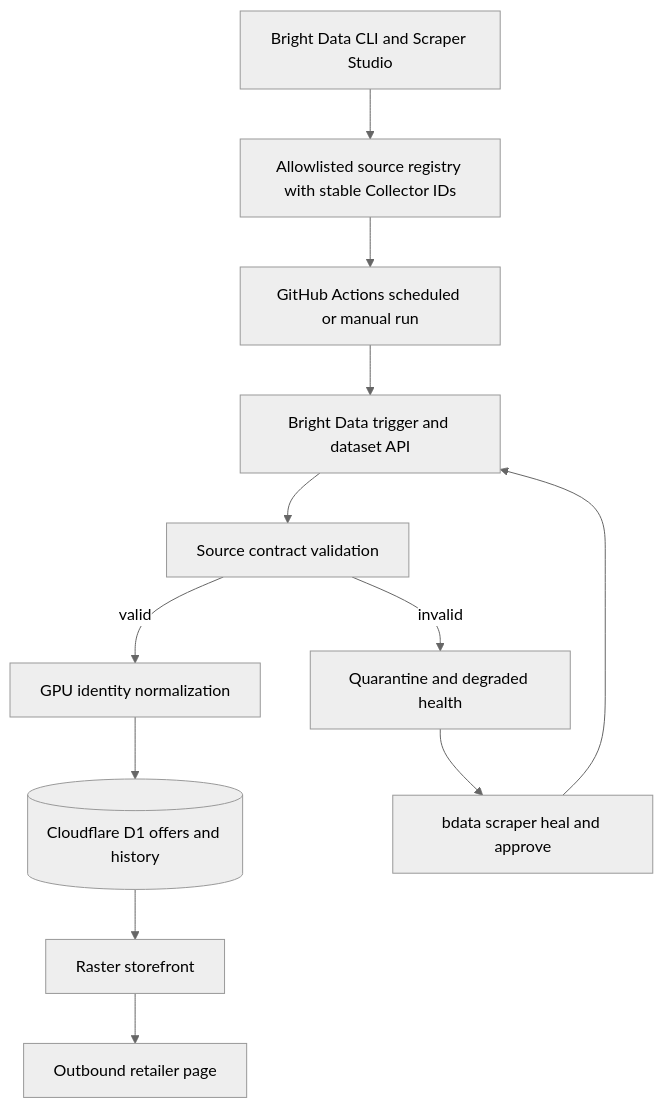
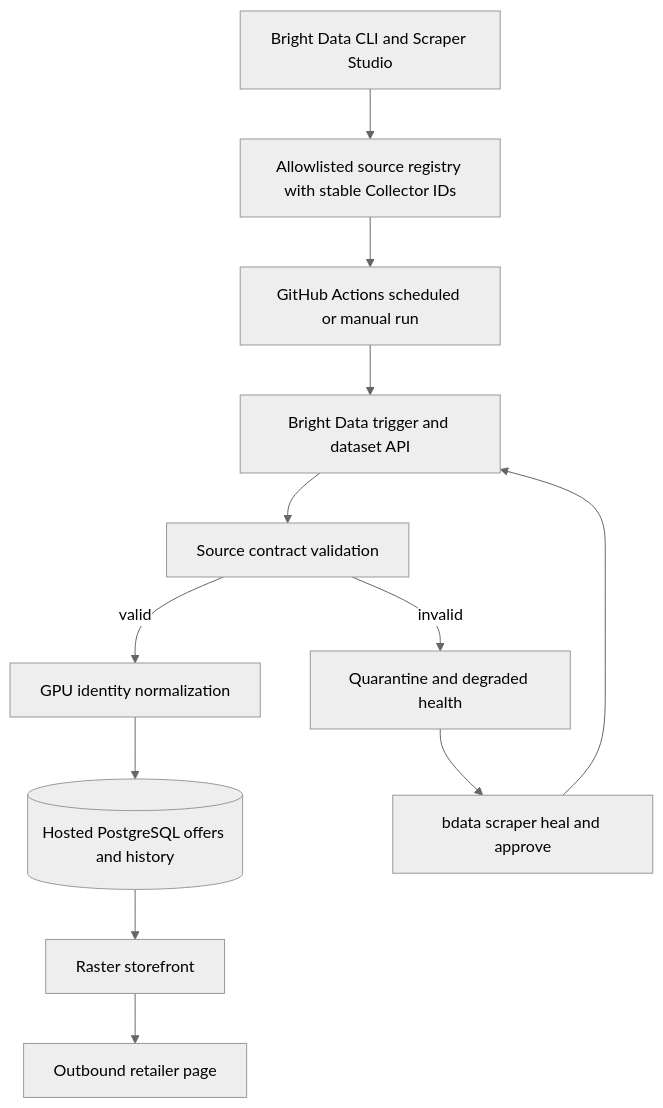
The diagram in docs/plans/2026-08-21-raster-gpu-marketplace-master-plan.md (mohantyabhijit/gpu-scrapper), drawn with Mermaid (neutral theme) before and after one commit. The commit also changed other lines of this file and 11 other files, not shown here.

````diff
--- a/docs/plans/2026-08-21-raster-gpu-marketplace-master-plan.md
+++ b/docs/plans/2026-08-21-raster-gpu-marketplace-master-plan.md
@@ -192,14 +192,14 @@
 ```mermaid
 flowchart TB
   CLI[Bright Data CLI and Scraper Studio] --> REG[Allowlisted source registry with stable Collector IDs]
   REG --> GH[GitHub Actions scheduled or manual run]
   GH --> API[Bright Data trigger and dataset API]
   API --> VAL[Source contract validation]
   VAL -->|valid| NORM[GPU identity normalization]
   VAL -->|invalid| QUAR[Quarantine and degraded health]
-  NORM --> D1[(Cloudflare D1 offers and history)]
-  D1 --> WEB[Raster storefront]
+  NORM --> PG[(Hosted PostgreSQL offers and history)]
+  PG --> WEB[Raster storefront]
   WEB --> SHOP[Outbound retailer page]
   QUAR --> HEAL[bdata scraper heal and approve]
   HEAL --> API
 ```
````
